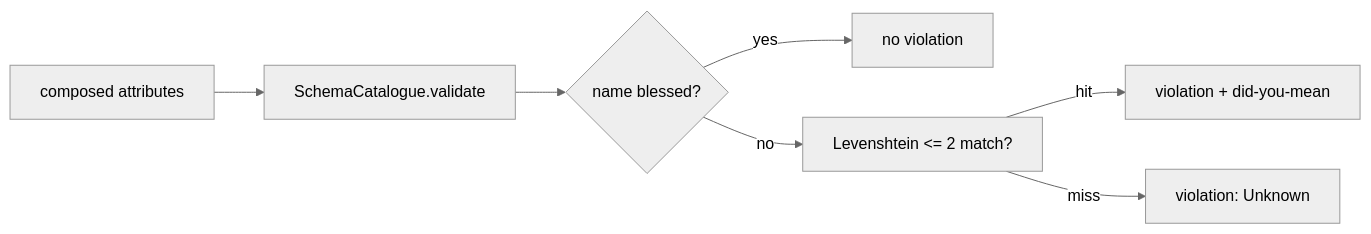
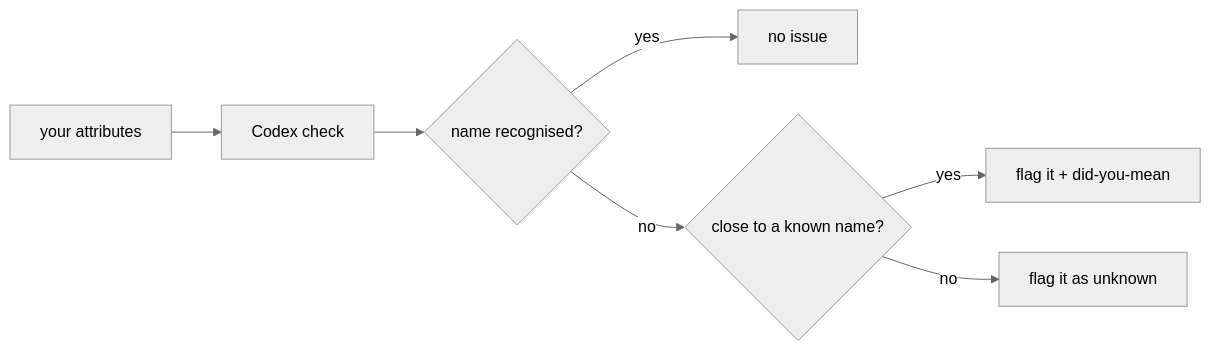
One commit to andrealaforgia/kaleidoscope-site changed the diagram in src/content/docs/components/codex.md. Above: the diagram before and after it, drawn with Mermaid (neutral theme). The commit also changed other lines of this file and 23 other files, not shown here.

````diff
--- a/src/content/docs/components/codex.md
+++ b/src/content/docs/components/codex.md
@@ -26,9 +26,9 @@
 ```mermaid
 flowchart LR
- Attrs[composed attributes] --> V[SchemaCatalogue.validate]
- V --> Corpus{name blessed?}
- Corpus -->|yes| OK[no violation]
- Corpus -->|no| Lev["Levenshtein <= 2 match?"]
- Lev -->|hit| Suggest["violation + did-you-mean"]
- Lev -->|miss| Unknown[violation: Unknown]
+    Attrs[your attributes] --> V[Codex check]
+    V --> Q{name recognised?}
+    Q -->|yes| OK[no issue]
+    Q -->|no| Near{close to a known name?}
+    Near -->|yes| Suggest[flag it + did-you-mean]
+    Near -->|no| Unknown[flag it as unknown]
 ```
````
